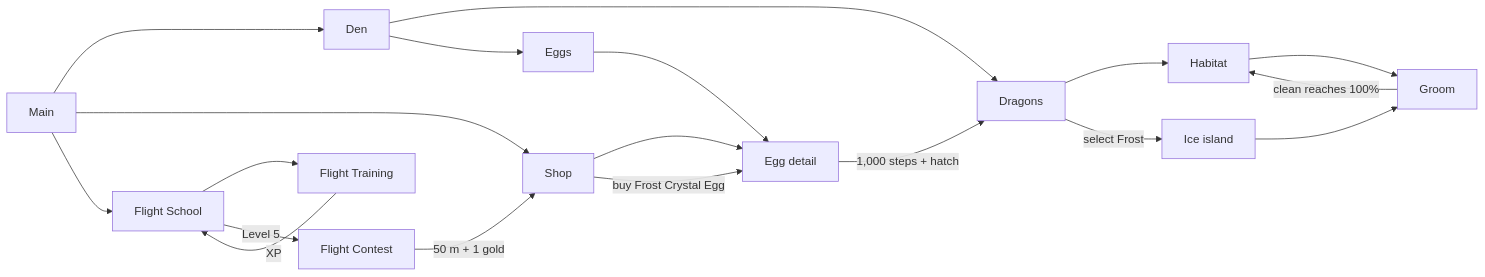
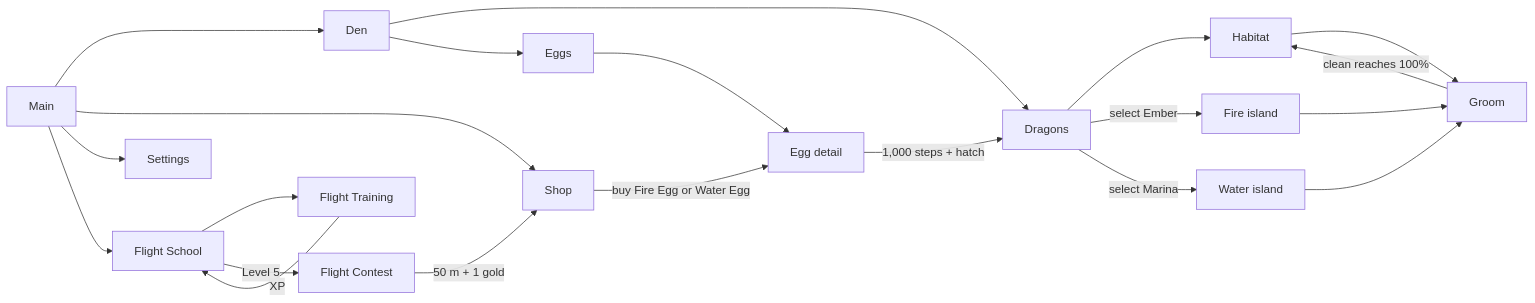
The second of 2 diagrams in docs/ARCHITECTURE.md (Jakob-Muel/DragosTimeToShine), drawn with Mermaid before and after one commit. The commit also changed other lines of this file and 310 other files, not shown here.

First line of the commit message:
feat: expand elemental dragon gameplay architecture

````diff
--- a/docs/ARCHITECTURE.md
+++ b/docs/ARCHITECTURE.md
@@ -42,21 +53,23 @@
 ```mermaid
 flowchart LR
     Main --> Den
     Main --> Shop
+    Main --> Settings
     Main --> FlightSchool["Flight School"]
     Den --> Dragons
     Den --> Eggs
     Dragons --> Habitat
     Habitat --> Groom
     Eggs --> EggDetail["Egg detail"]
-    Shop --> EggDetail
-    Shop -->|buy Frost Crystal Egg| EggDetail
+    Shop -->|buy Fire Egg or Water Egg| EggDetail
     EggDetail -->|1,000 steps + hatch| Dragons
-    Dragons -->|select Frost| IceIsland["Ice island"]
-    IceIsland --> Groom
+    Dragons -->|select Ember| FireIsland["Fire island"]
+    Dragons -->|select Marina| WaterIsland["Water island"]
+    FireIsland --> Groom
+    WaterIsland --> Groom
     FlightSchool --> Training["Flight Training"]
     FlightSchool -->|Level 5| FlightContest["Flight Contest"]
     Training -->|XP| FlightSchool
     FlightContest -->|50 m + 1 gold| Shop
     Groom -->|clean reaches 100%| Habitat
 ```
````
